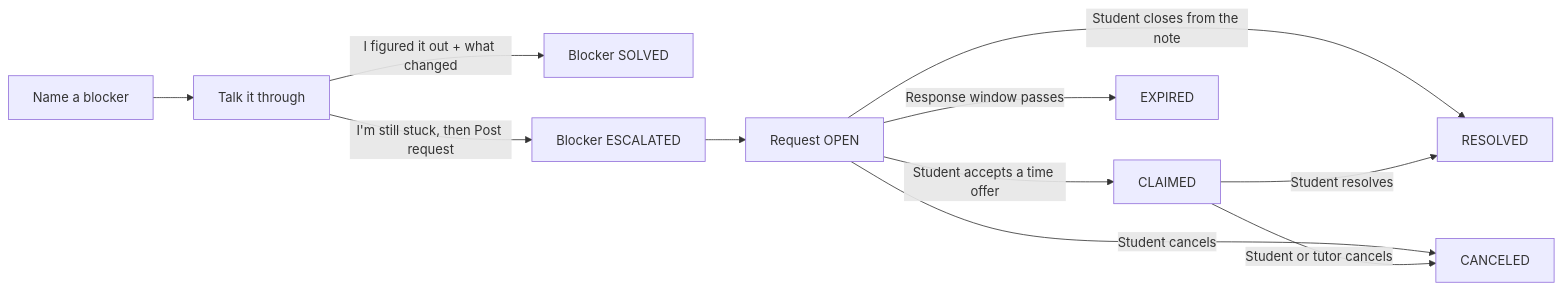
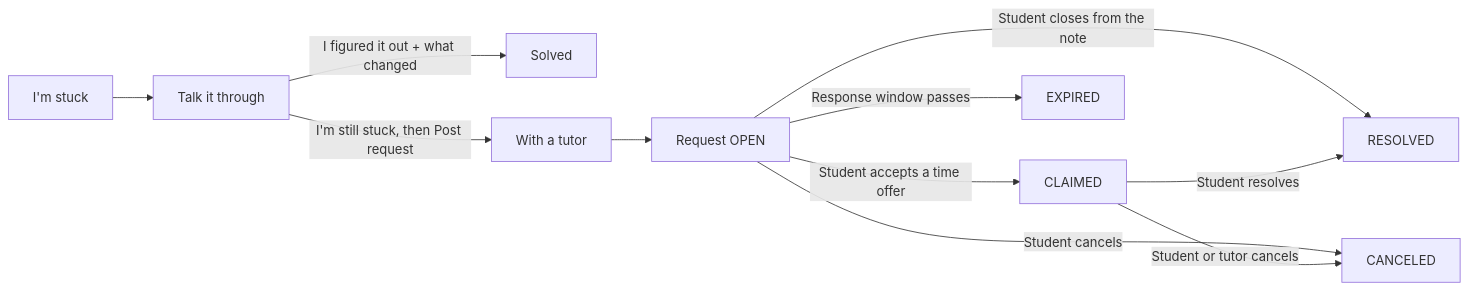
One commit to scw5604/LearnIT changed the diagram in docs/IMPLEMENTATION.md. Above: the diagram before and after it, drawn with Mermaid. The commit also changed other lines of this file and 18 other files, not shown here.

````diff
--- a/docs/IMPLEMENTATION.md
+++ b/docs/IMPLEMENTATION.md
@@ -45,13 +45,13 @@
 ```mermaid
 flowchart LR
-    name["Name a blocker"] --> duck["Talk it through"]
-    duck -->|"I figured it out + what changed"| SOLVED["Blocker SOLVED"]
-    duck -->|"I'm still stuck, then Post request"| ESCALATED["Blocker ESCALATED"]
+    name["I'm stuck"] --> duck["Talk it through"]
+    duck -->|"I figured it out + what changed"| SOLVED["Solved"]
+    duck -->|"I'm still stuck, then Post request"| ESCALATED["With a tutor"]
     ESCALATED --> OPEN["Request OPEN"]
     OPEN -->|"Student closes from the note"| RESOLVED["RESOLVED"]
     OPEN -->|"Student accepts a time offer"| CLAIMED["CLAIMED"]
     OPEN -->|"Response window passes"| EXPIRED["EXPIRED"]
     OPEN -->|"Student cancels"| CANCELED["CANCELED"]
     CLAIMED -->|"Student or tutor cancels"| CANCELED
     CLAIMED -->|"Student resolves"| RESOLVED
 ```
````
